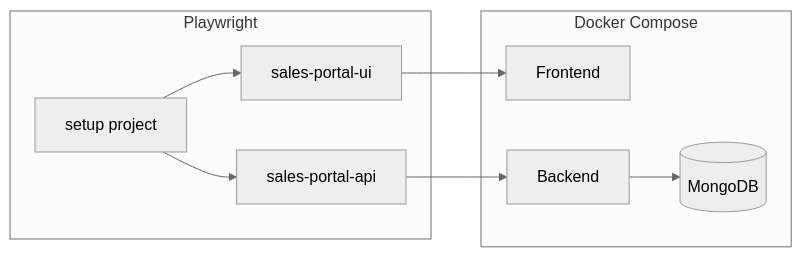
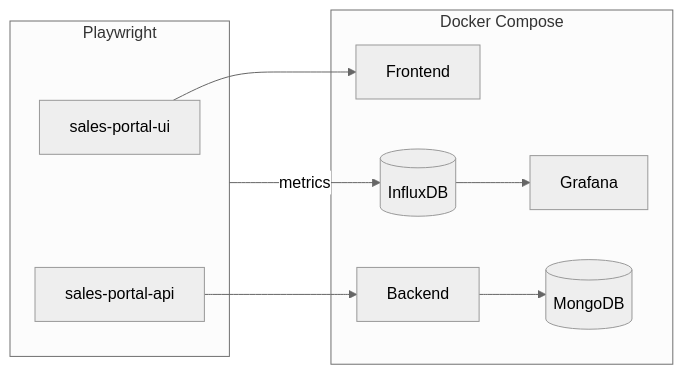
The diagram in README.md (JosieVi/aqa-pw-final-project), drawn with Mermaid (neutral theme) before and after one commit. The commit also changed other lines of this file and 4 other files, not shown here.

Commit message:
feat: update .gitignore and README for InfluxDB and Grafana integration; remove unused logger

````diff
--- a/README.md
+++ b/README.md
@@ -28,18 +30,19 @@
 ```mermaid
 flowchart LR
   subgraph docker [Docker Compose]
     FE[Frontend]
     BE[Backend]
     DB[(MongoDB)]
+    INFLUX[(InfluxDB)]
+    GRAFANA[Grafana]
   end
   subgraph pw [Playwright]
-    SETUP[setup project]
     UI[sales-portal-ui]
     API[sales-portal-api]
   end
-  SETUP --> UI
-  SETUP --> API
   UI --> FE
   API --> BE
   BE --> DB
+  pw -- metrics --> INFLUX
+  INFLUX --> GRAFANA
 ```
````
